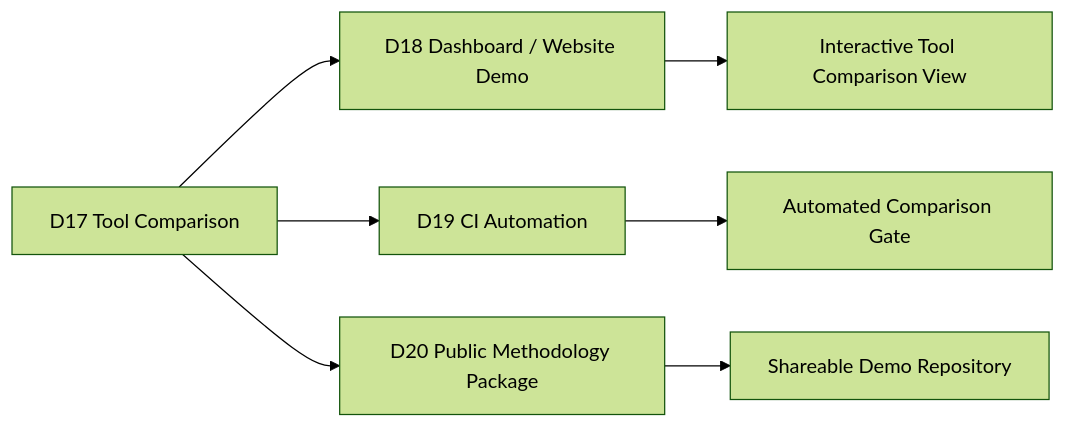
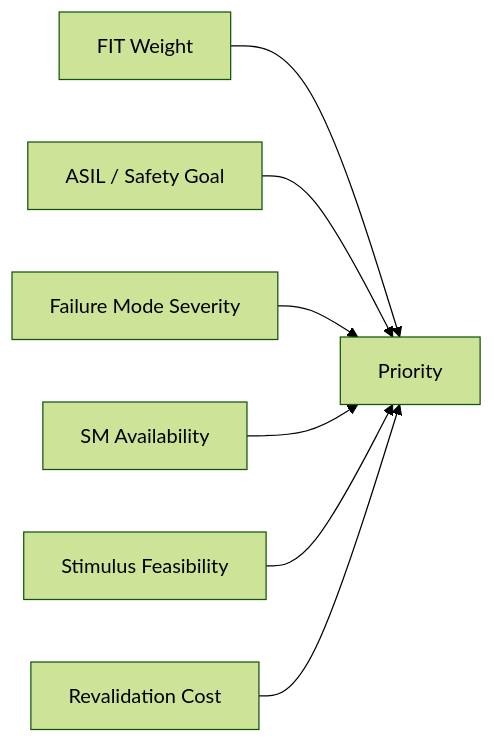
One commit to qiqixixi1001/automotive-safeic-practice changed the tenth of 10 diagrams in articles/17_automotive_safeic_practice_d17_github_en_commercial_tool_comparison.md. Above: the diagram before and after it, drawn with Mermaid (forest theme). The commit also changed other lines of this file, not shown here.

````diff
--- a/articles/17_automotive_safeic_practice_d17_github_en_commercial_tool_comparison.md
+++ b/articles/17_automotive_safeic_practice_d17_github_en_commercial_tool_comparison.md
@@ -1401,9 +970,9 @@
 ```mermaid
 flowchart LR
-    A[D17 Tool Comparison] --> B[D18 Dashboard / Website Demo]
-    A --> C[D19 CI Automation]
-    A --> D[D20 Public Methodology Package]
-    B --> E[Interactive Tool Comparison View]
-    C --> F[Automated Comparison Gate]
-    D --> G[Shareable Demo Repository]
+    A[FIT Weight] --> P[Priority]
+    B[ASIL / Safety Goal] --> P
+    C[Failure Mode Severity] --> P
+    D[SM Availability] --> P
+    E[Stimulus Feasibility] --> P
+    F[Revalidation Cost] --> P
 ```
````
